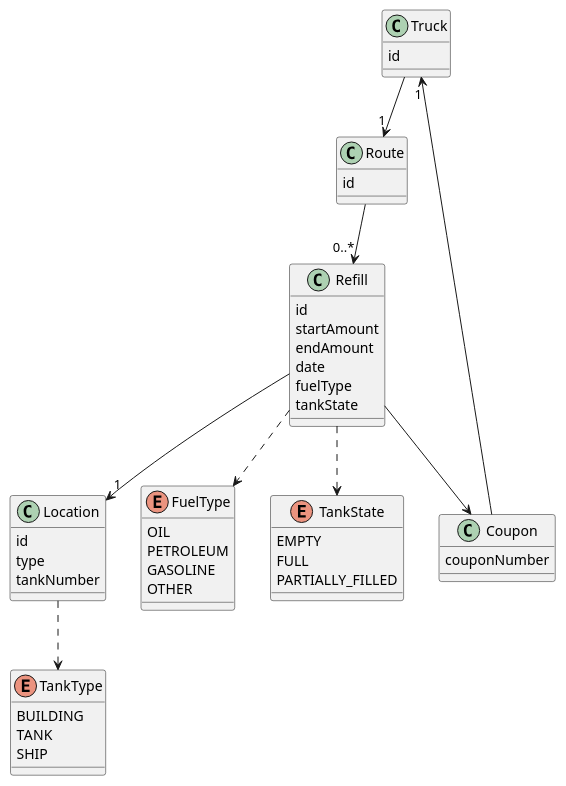
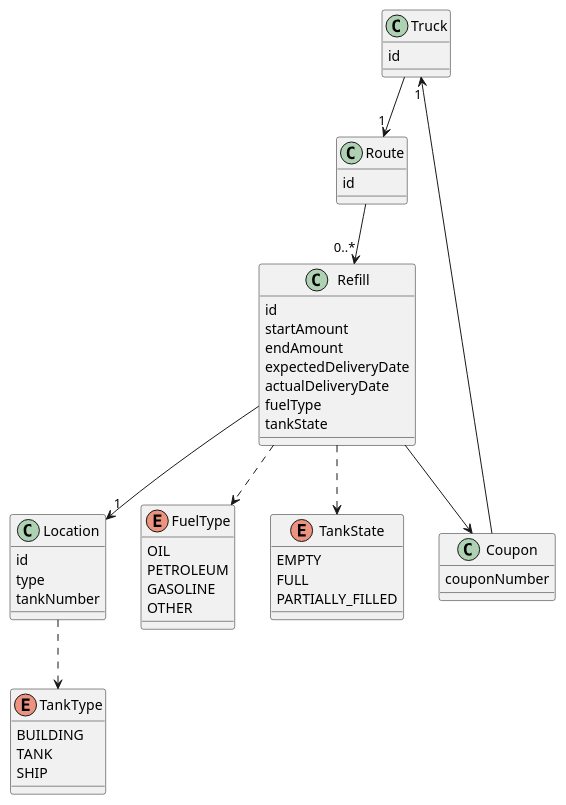
Before and after one commit to IT-Minds/client_comby_oilcontrols: the diagram in docs/entity-datamodel.md, drawn with PlantUML.

Commit message:
updated the diagram.

````diff
--- a/docs/entity-datamodel.md
+++ b/docs/entity-datamodel.md
@@ -5,59 +5,60 @@
 ```plantuml
 @startuml
 class Truck {
   id
 }
 
 class Route {
   id
 }
 
 class Location {
   id
   type
   tankNumber
 }
 
 class Refill {
   id
   startAmount
   endAmount
-  date
+  expectedDeliveryDate
+  actualDeliveryDate
   fuelType
   tankState
 }
 
 enum FuelType {
   OIL
   PETROLEUM
   GASOLINE
   OTHER
 }
 
 enum TankType {
   BUILDING
   TANK
   SHIP
 }
 
 enum TankState {
   EMPTY
   FULL
   PARTIALLY_FILLED
 }
 
 class Coupon {
   couponNumber
 }
 
 Truck --> "1" Route
 Route --> "0..*" Refill
 Refill --> "1" Location
 Refill --> Coupon
 Refill ..> FuelType
 Location ..> TankType
 Refill ..> TankState
 Truck "1" <-- Coupon
 @enduml
 
 ```
````
